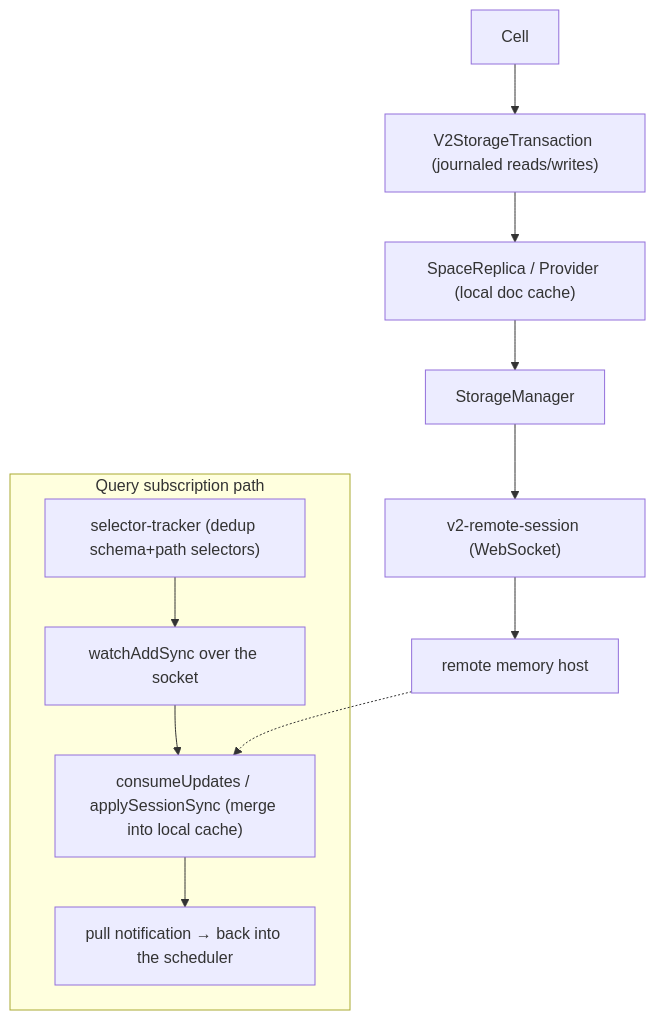
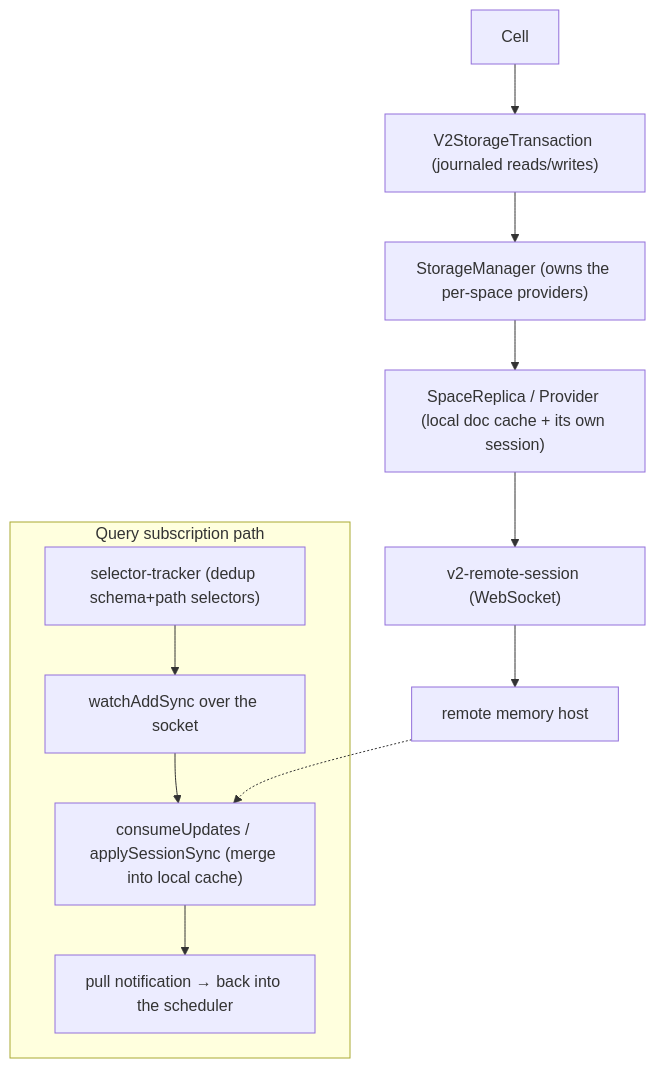
One commit to commontoolsinc/labs changed the fourth of 4 diagrams in docs/development/orientation/runtime-core.md. Above: the diagram before and after it, drawn with Mermaid. The commit also changed 7 other files, not shown here.

First line of the commit message:
docs(orientation): correct flow diagrams and interpretive claims

````diff
--- a/docs/development/orientation/runtime-core.md
+++ b/docs/development/orientation/runtime-core.md
@@ -154,20 +154,20 @@
 ```mermaid
 flowchart TB
     cell["Cell"]
     tx["V2StorageTransaction (journaled reads/writes)"]
-    replica["SpaceReplica / Provider (local doc cache)"]
-    mgr["StorageManager"]
+    mgr["StorageManager (owns the per-space providers)"]
+    replica["SpaceReplica / Provider (local doc cache + its own session)"]
     ws["v2-remote-session (WebSocket)"]
     host["remote memory host"]
 
-    cell --> tx --> replica --> mgr --> ws --> host
+    cell --> tx --> mgr --> replica --> ws --> host
 
     subgraph sub["Query subscription path"]
         sel["selector-tracker (dedup schema+path selectors)"]
         watch["watchAddSync over the socket"]
         consume["consumeUpdates / applySessionSync (merge into local cache)"]
         notify["pull notification → back into the scheduler"]
         sel --> watch --> consume --> notify
     end
     host -.-> consume
 ```
````
